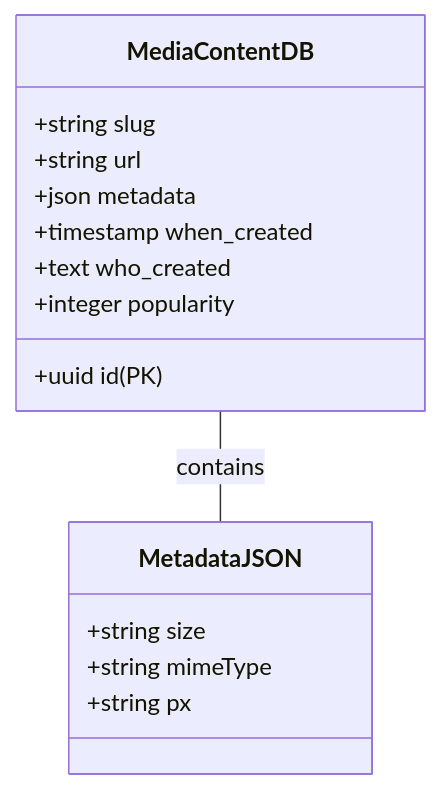
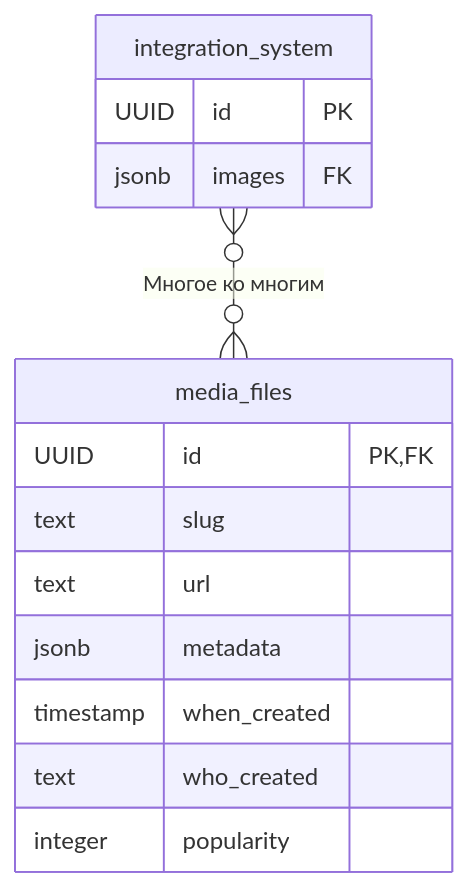
Before and after one commit to viktoriyakovl/viktoriyakovl: the first of 3 diagrams in my-portfolio/arch.md, drawn with Mermaid. The commit also changed other lines of this file, not shown here.

````diff
--- a/my-portfolio/arch.md
+++ b/my-portfolio/arch.md
@@ -53,20 +72,20 @@
 ```mermaid
-classDiagram
-    class MediaContentDB {
-        +uuid id (PK)
-        +string slug
-        +string url
-        +json metadata
-        +timestamp when_created
-        +text who_created
-        +integer popularity
+erDiagram
+    integration_system }o--o{ media_files : "Многое ко многим"
+
+    integration_system {
+        UUID id PK
+        jsonb images FK
     }
-    
-    class MetadataJSON {
-        +string size
-        +string mimeType
-        +string px
+
+    media_files {
+       UUID id PK, FK
+        text slug
+        text url
+        jsonb metadata
+        timestamp when_created
+        text who_created
+        integer popularity
     }
-    
-    MediaContentDB -- MetadataJSON : contains
+
 ```
````
